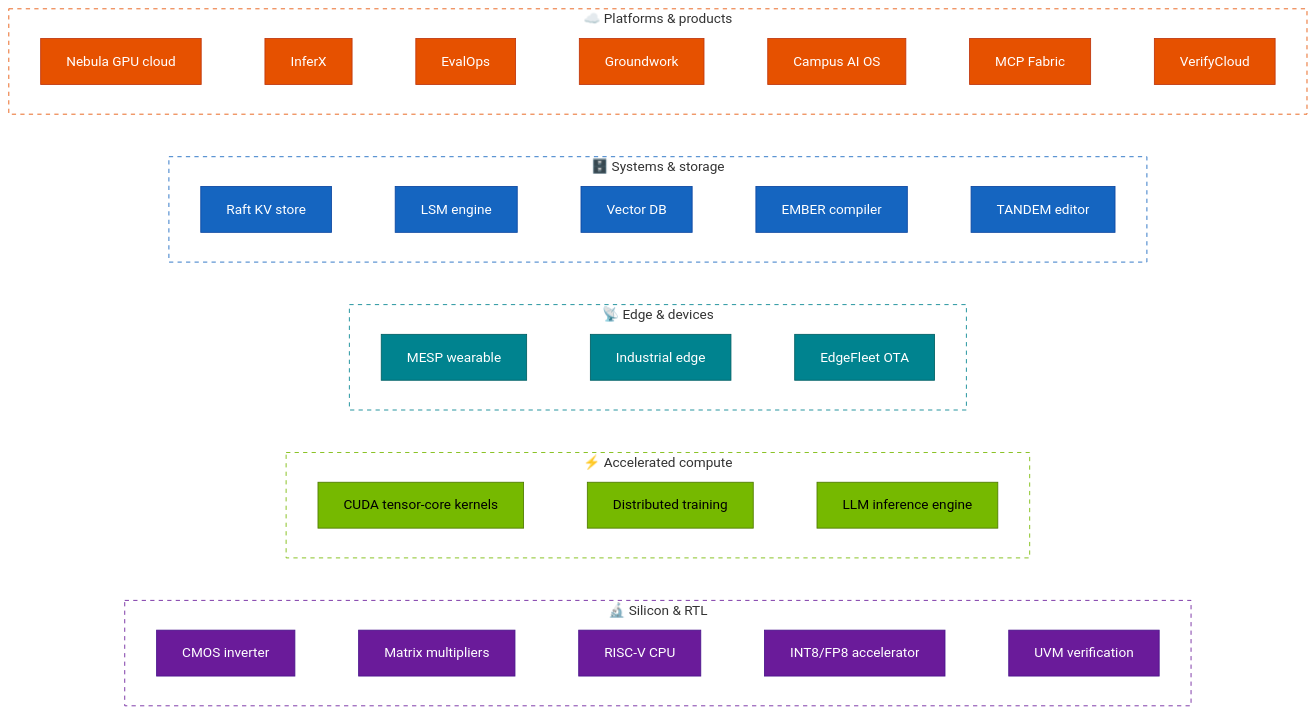
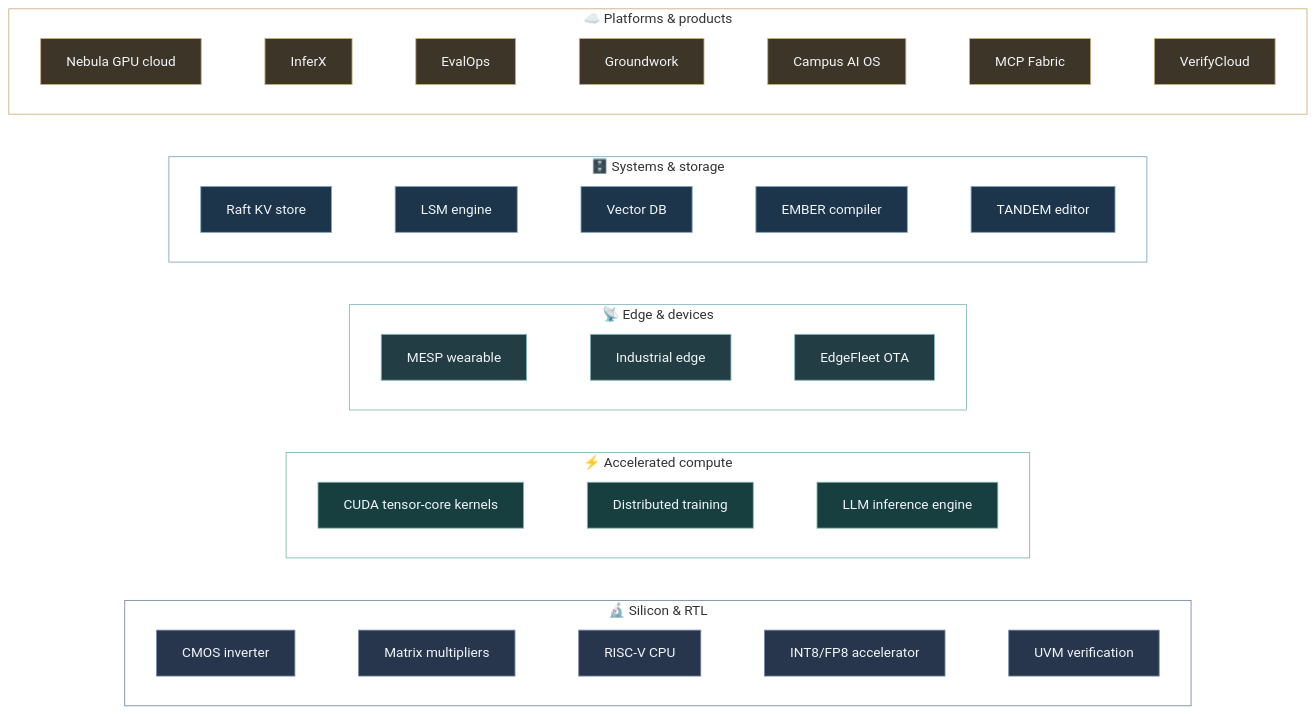
One commit to siddhaantxsingh/siddhaantxsingh changed the diagram in README.md. Above: the diagram before and after it, drawn with Mermaid (neutral theme). The commit also changed other lines of this file, not shown here.

````diff
--- a/README.md
+++ b/README.md
@@ -91,59 +92,59 @@
 ```mermaid
 flowchart TB
     subgraph SI["🔬 Silicon & RTL"]
         direction LR
         INV["CMOS inverter"]:::si
         MM["Matrix multipliers"]:::si
         RV["RISC-V CPU"]:::si
         ACC["INT8/FP8 accelerator"]:::si
         UVM["UVM verification"]:::si
     end
     subgraph AC["⚡ Accelerated compute"]
         direction LR
         CUDA["CUDA tensor-core kernels"]:::ac
         DT["Distributed training"]:::ac
         LLM["LLM inference engine"]:::ac
     end
     subgraph SY["🗄️ Systems & storage"]
         direction LR
         RAFT["Raft KV store"]:::sy
         LSM["LSM engine"]:::sy
         VDB["Vector DB"]:::sy
         EMB["EMBER compiler"]:::sy
         TAN["TANDEM editor"]:::sy
     end
     subgraph PL["☁️ Platforms & products"]
         direction LR
         NEB["Nebula GPU cloud"]:::pl
         INX["InferX"]:::pl
         EVA["EvalOps"]:::pl
         GW["Groundwork"]:::pl
         CAM["Campus AI OS"]:::pl
         MCP["MCP Fabric"]:::pl
         VC["VerifyCloud"]:::pl
     end
     subgraph ED["📡 Edge & devices"]
         direction LR
         MESP["MESP wearable"]:::ed
         IE["Industrial edge"]:::ed
         EF["EdgeFleet OTA"]:::ed
     end
 
     INV ~~~ MM ~~~ RV ~~~ ACC ~~~ UVM
     CUDA ~~~ DT ~~~ LLM
     RAFT ~~~ LSM ~~~ VDB ~~~ EMB ~~~ TAN
     NEB ~~~ INX ~~~ EVA ~~~ GW ~~~ CAM ~~~ MCP ~~~ VC
     MESP ~~~ IE ~~~ EF
     PL ~~~ SY ~~~ ED ~~~ AC ~~~ SI
 
-    classDef si fill:#6A1B9A,stroke:#4A148C,color:#fff
-    classDef ac fill:#76B900,stroke:#4E7A00,color:#000
-    classDef sy fill:#1565C0,stroke:#0D47A1,color:#fff
-    classDef pl fill:#E65100,stroke:#BF360C,color:#fff
-    classDef ed fill:#00838F,stroke:#006064,color:#fff
-    style SI fill:transparent,stroke:#6A1B9A,stroke-dasharray:5 5
-    style AC fill:transparent,stroke:#76B900,stroke-dasharray:5 5
-    style SY fill:transparent,stroke:#1565C0,stroke-dasharray:5 5
-    style PL fill:transparent,stroke:#E65100,stroke-dasharray:5 5
-    style ED fill:transparent,stroke:#00838F,stroke-dasharray:5 5
+    classDef si fill:#27364C,stroke:#7285A1,color:#F1F5F9
+    classDef ac fill:#173F40,stroke:#7DB9AE,color:#F1F5F9
+    classDef sy fill:#1D354A,stroke:#7CA5C2,color:#F1F5F9
+    classDef pl fill:#3D3528,stroke:#C7AD7F,color:#F1F5F9
+    classDef ed fill:#223D43,stroke:#82B7BE,color:#F1F5F9
+    style SI fill:transparent,stroke:#7285A1
+    style AC fill:transparent,stroke:#7DB9AE
+    style SY fill:transparent,stroke:#7CA5C2
+    style PL fill:transparent,stroke:#C7AD7F
+    style ED fill:transparent,stroke:#82B7BE
 ```
````
